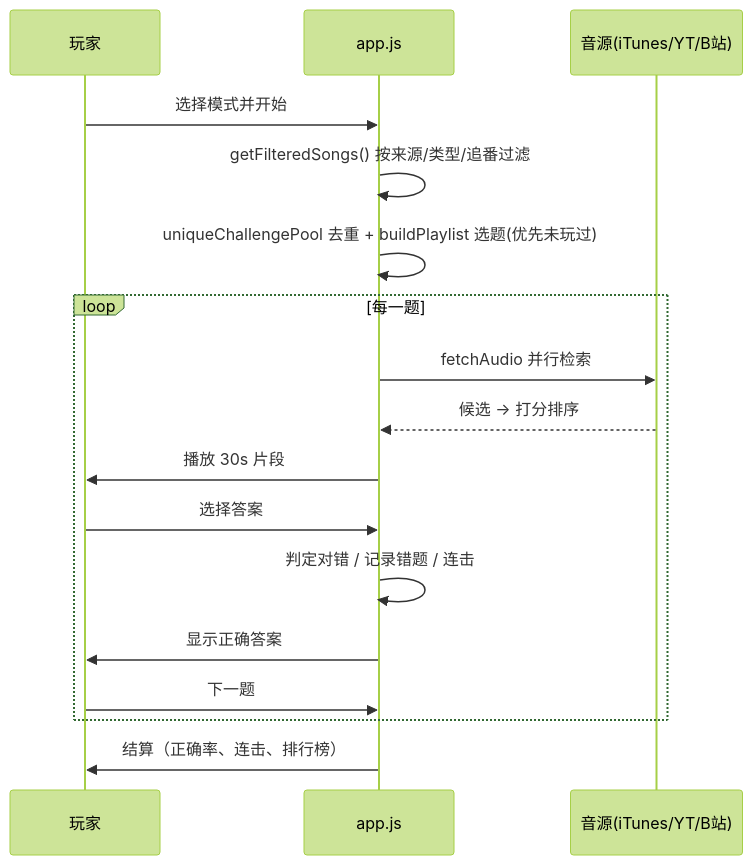
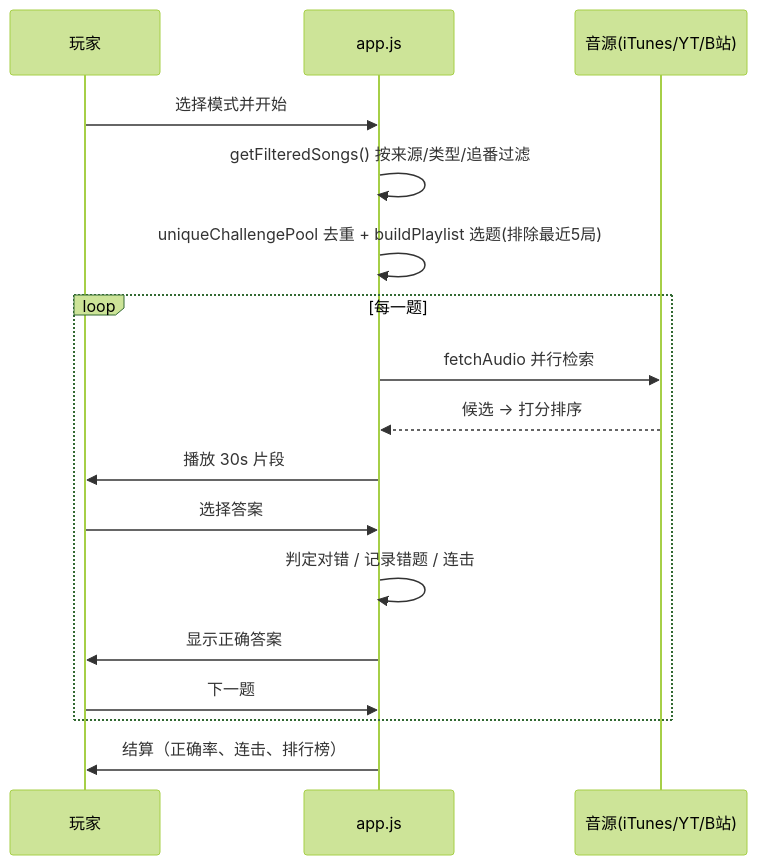
Before and after one commit to Yuki3303-a11y/anime-song: the second of 2 diagrams in README.md, drawn with Mermaid (forest theme). The commit also changed other lines of this file and 4 other files, not shown here.

````diff
--- a/README.md
+++ b/README.md
@@ -203,19 +204,19 @@
 ```mermaid
 sequenceDiagram
     participant U as 玩家
     participant App as app.js
     participant Src as 音源(iTunes/YT/B站)
     U->>App: 选择模式并开始
     App->>App: getFilteredSongs() 按来源/类型/追番过滤
-    App->>App: uniqueChallengePool 去重 + buildPlaylist 选题(优先未玩过)
+    App->>App: uniqueChallengePool 去重 + buildPlaylist 选题(排除最近5局)
     loop 每一题
         App->>Src: fetchAudio 并行检索
         Src-->>App: 候选 → 打分排序
         App->>U: 播放 30s 片段
         U->>App: 选择答案
         App->>App: 判定对错 / 记录错题 / 连击
         App->>U: 显示正确答案
         U->>App: 下一题
     end
     App->>U: 结算（正确率、连击、排行榜）
 ```
````
